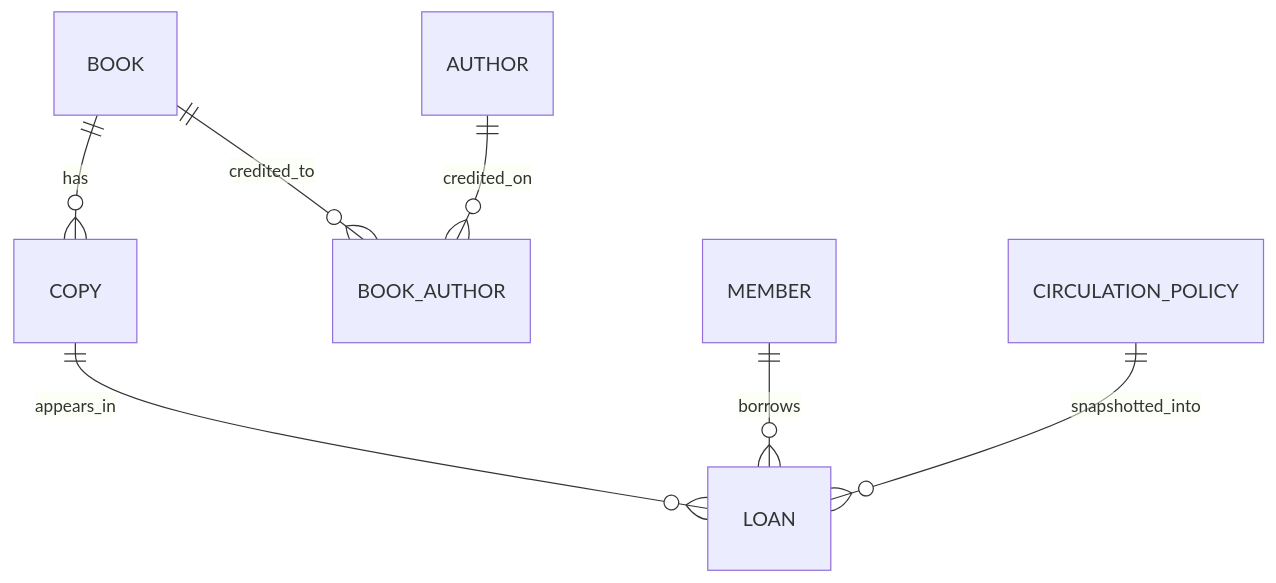
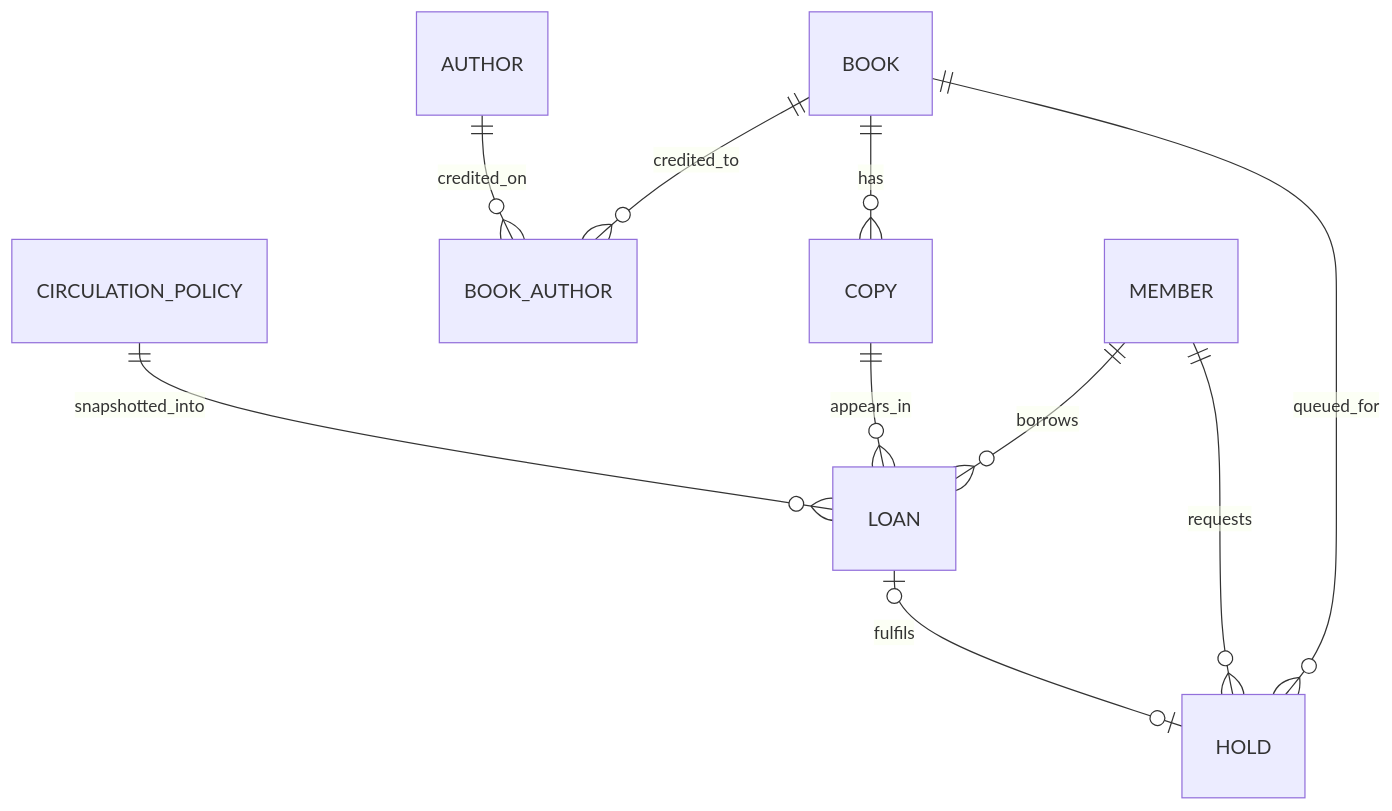
Before and after one commit to JignasP/ShelfSense: the diagram in docs/database-design-description.md, drawn with Mermaid. The commit also changed other lines of this file and 17 other files, not shown here.

````diff
--- a/docs/database-design-description.md
+++ b/docs/database-design-description.md
@@ -8,9 +8,12 @@
 ```mermaid
 erDiagram
     BOOK ||--o{ COPY : has
     BOOK ||--o{ BOOK_AUTHOR : credited_to
     AUTHOR ||--o{ BOOK_AUTHOR : credited_on
     MEMBER ||--o{ LOAN : borrows
     COPY ||--o{ LOAN : appears_in
     CIRCULATION_POLICY ||--o{ LOAN : snapshotted_into
+    BOOK ||--o{ HOLD : queued_for
+    MEMBER ||--o{ HOLD : requests
+    LOAN |o--o| HOLD : fulfils
 ```
````
